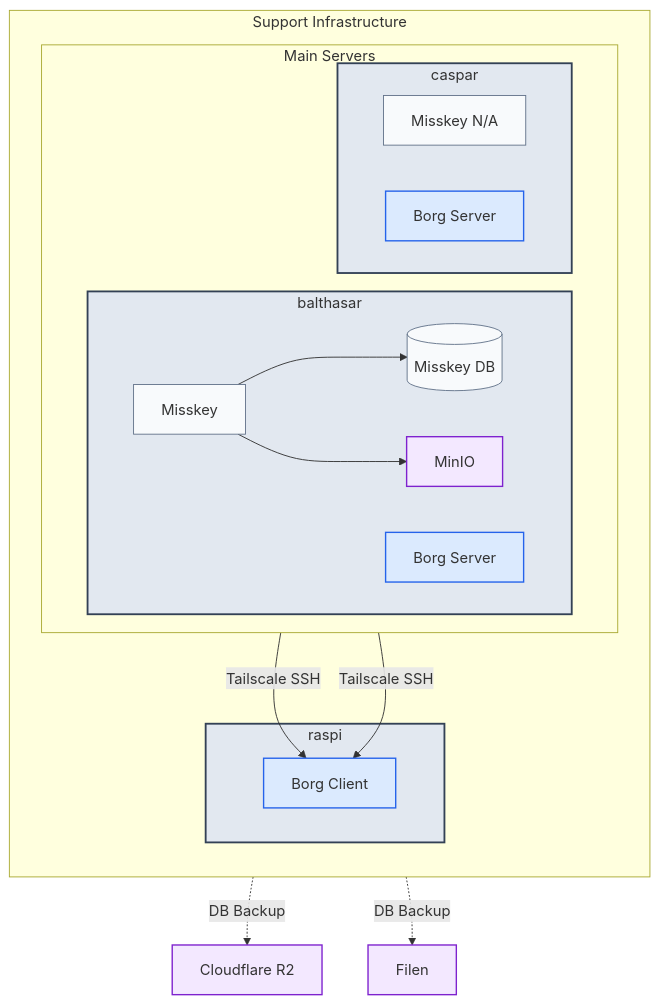
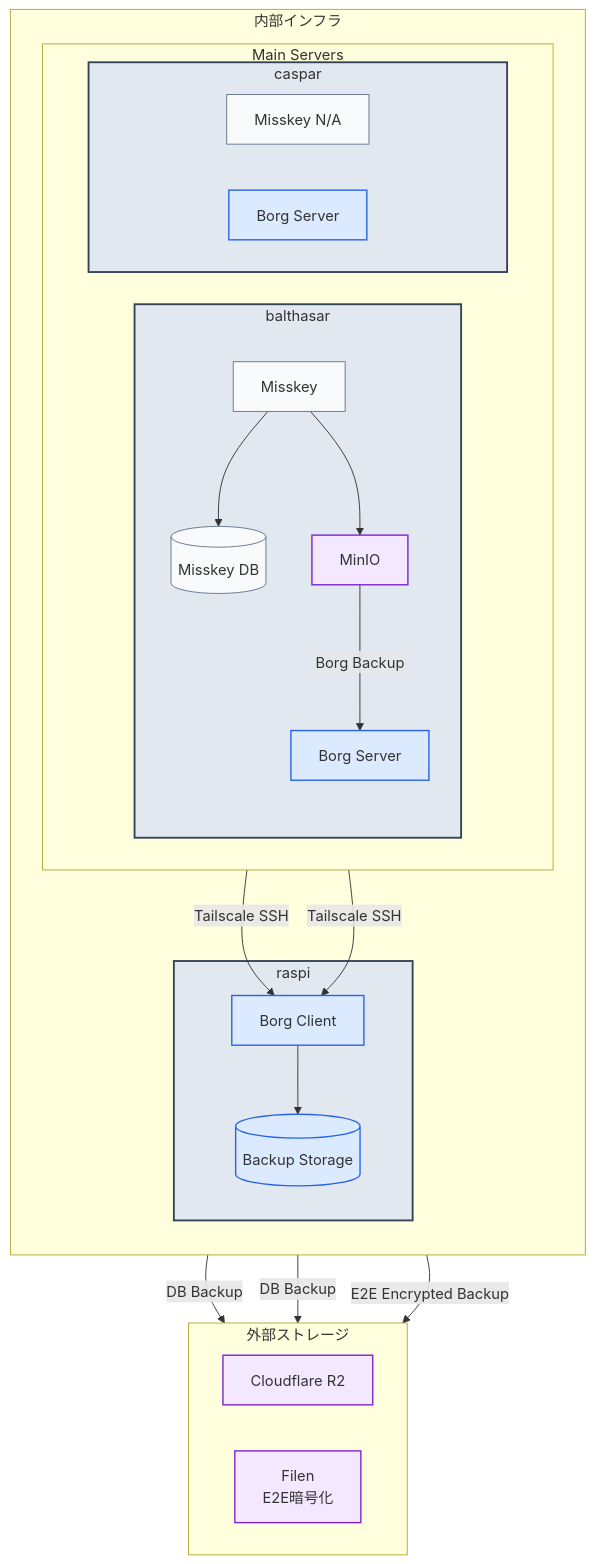
One commit to yamisskey-dev/hosted-list changed the second of 3 diagrams in README.md. Above: the diagram before and after it, drawn with Mermaid.

````diff
--- a/README.md
+++ b/README.md
@@ -111,57 +111,67 @@
 ```mermaid
 graph TB
 %% Style definitions
 classDef homeServer fill:#e2e8f0,stroke:#334155,stroke-width:2px
 classDef service fill:#f8fafc,stroke:#64748b,stroke-width:1px
 classDef backup fill:#dbeafe,stroke:#2563eb,stroke-width:1.5px
 classDef storage fill:#f3e8ff,stroke:#7e22ce,stroke-width:1.5px
 
 %% External storage services
-r2[Cloudflare R2]:::storage
-filen[Filen]:::storage
+subgraph external[外部ストレージ]
+    direction LR
+    r2[Cloudflare R2]:::storage
+    filen[Filen\nE2E暗号化]:::storage
+end
 
 %% Support Infrastructure 
-subgraph support[Support Infrastructure]
+subgraph internal[内部インフラ]
     direction TB
     
     %% Borg backup server
     subgraph raspi[raspi]
         borg_client[Borg Client]:::backup
+        borg_data[(Backup Storage)]:::backup
     end
     
     %% Main servers with backup systems
     subgraph main_servers[Main Servers]
         direction LR
         
         subgraph balthasar[balthasar]
+            direction TB
             yamisskey[Misskey]:::service
             yamisskey_db[(Misskey DB)]:::service
             minio[MinIO]:::storage
             borg_b[Borg Server]:::backup
         end
         
         subgraph caspar[caspar]
             nayamisskey[Misskey N/A]:::service
             borg_c[Borg Server]:::backup
         end
     end
 end
 
-%% DB backup connections to external storage (independent from Borg)
-yamisskey_db -. "DB Backup" .-> r2
-yamisskey_db -. "DB Backup" .-> filen
+%% Internal service connections
+yamisskey --> yamisskey_db
+yamisskey --> minio
+
+%% DB backup connections to external storage
+yamisskey_db -- "DB Backup" --> r2
+yamisskey_db -- "DB Backup" --> filen
+
+%% MinIO backup connections (NEW)
+minio -- "E2E Encrypted Backup" --> filen
+minio -- "Borg Backup" --> borg_b
 
 %% Borg backup connections
 borg_b -- "Tailscale SSH" --> borg_client
 borg_c -- "Tailscale SSH" --> borg_client
-
-%% Internal service connections
-yamisskey --> yamisskey_db
-yamisskey --> minio
+borg_client --> borg_data
 
 %% Apply styles
 class balthasar,caspar,raspi homeServer
 class yamisskey,nayamisskey,yamisskey_db service
-class borg_client,borg_b,borg_c backup
+class borg_client,borg_b,borg_c,borg_data backup
 class r2,filen,minio storage
 ```
````
